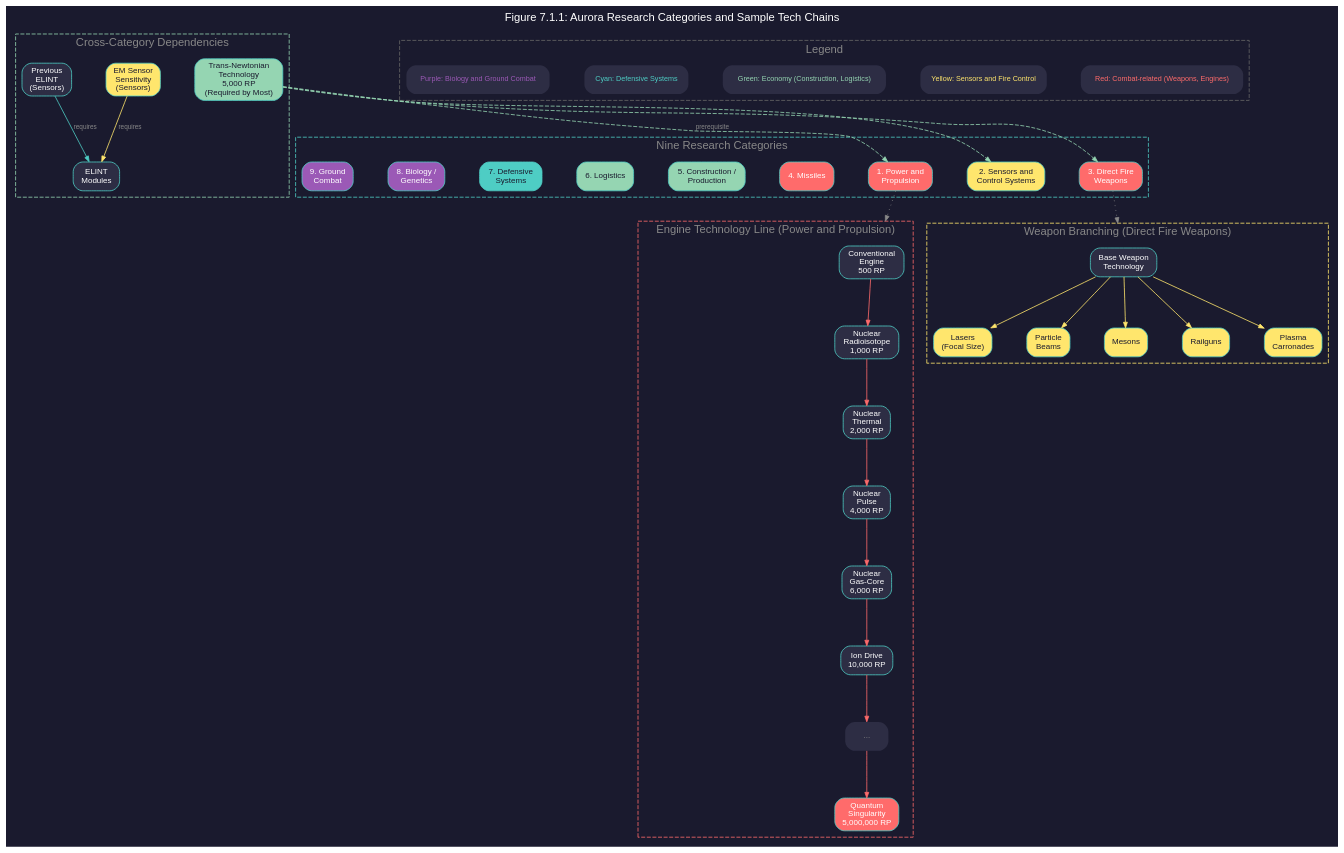
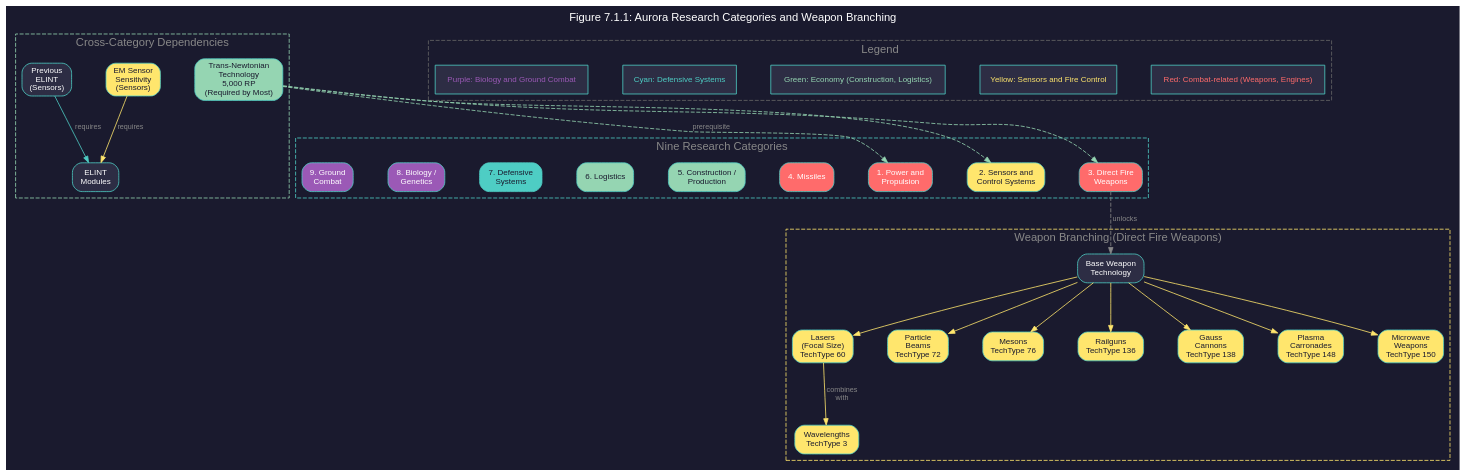
Before and after one commit to ErikEvenson/aurora-manual: the diagram in images/diagrams/7-research/aurora-4x-tech-tree-overview.dot, drawn with Graphviz. The commit also changed 5 other files, not shown here.

First line of the commit message:
Improve tech tree section visuals per critique

```diff
--- a/images/diagrams/7-research/aurora-4x-tech-tree-overview.dot
+++ b/images/diagrams/7-research/aurora-4x-tech-tree-overview.dot
@@ -1,126 +1,121 @@
+// Aurora 4X Tech Tree Overview - Categories and Weapon Branching
+// Removed redundant engine chain (shown in Figure 7.1.3)
+
 digraph TechTreeStructure {
     bgcolor="#1a1a2e"
     fontname="Helvetica"
     fontcolor="white"
+    label="Figure 7.1.1: Aurora Research Categories and Weapon Branching"
+    labelloc=t
+    fontsize=14
     rankdir=TB
-    compound=true
     nodesep=0.6
     ranksep=0.8
-    label="Figure 7.1.1: Aurora Research Categories and Sample Tech Chains"
-    labelloc=t
-    fontsize=14
 
     node [
         fontname="Helvetica"
         fontsize=10
         fontcolor="white"
         color="#4ecdc4"
         fillcolor="#2d2d44"
         style="filled,rounded"
         shape=box
     ]
 
     edge [
         fontname="Helvetica"
-        fontsize=8
+        fontsize=9
         fontcolor="#888888"
         color="#4ecdc4"
-        arrowsize=0.7
+        arrowsize=0.8
     ]
 
-    // Research Categories (as main nodes)
+    // Nine Research Categories cluster
     subgraph cluster_categories {
         label="Nine Research Categories"
         fontcolor="#888888"
         color="#4ecdc4"
-        style=dashed
+        style="dashed"
 
-        cat1 [label="1. Power and\nPropulsion" fillcolor="#ff6b6b" fontcolor="white"]
+        cat1 [label="1. Power and\nPropulsion" fillcolor="#ff6b6b"]
         cat2 [label="2. Sensors and\nControl Systems" fillcolor="#ffe66d" fontcolor="#1a1a2e"]
-        cat3 [label="3. Direct Fire\nWeapons" fillcolor="#ff6b6b" fontcolor="white"]
-        cat4 [label="4. Missiles" fillcolor="#ff6b6b" fontcolor="white"]
+        cat3 [label="3. Direct Fire\nWeapons" fillcolor="#ff6b6b"]
+        cat4 [label="4. Missiles" fillcolor="#ff6b6b"]
         cat5 [label="5. Construction /\nProduction" fillcolor="#95d5b2" fontcolor="#1a1a2e"]
         cat6 [label="6. Logistics" fillcolor="#95d5b2" fontcolor="#1a1a2e"]
         cat7 [label="7. Defensive\nSystems" fillcolor="#4ecdc4" fontcolor="#1a1a2e"]
-        cat8 [label="8. Biology /\nGenetics" fillcolor="#9b59b6" fontcolor="white"]
-        cat9 [label="9. Ground\nCombat" fillcolor="#9b59b6" fontcolor="white"]
+        cat8 [label="8. Biology /\nGenetics" fillcolor="#9b59b6"]
+        cat9 [label="9. Ground\nCombat" fillcolor="#9b59b6"]
+
+        // Arrange in a row
+        {rank=same; cat1; cat2; cat3; cat4; cat5; cat6; cat7; cat8; cat9}
     }
 
-    // Engine Tech Chain (Power and Propulsion example)
-    subgraph cluster_engines {
-        label="Engine Technology Line (Power and Propulsion)"
-        fontcolor="#888888"
-        color="#ff6b6b"
-        style=dashed
-
-        conv_eng [label="Conventional\nEngine\n500 RP" fillcolor="#2d2d44"]
-        nuc_radio [label="Nuclear\nRadioisotope\n1,000 RP" fillcolor="#2d2d44"]
-        nuc_therm [label="Nuclear\nThermal\n2,000 RP" fillcolor="#2d2d44"]
-        nuc_pulse [label="Nuclear\nPulse\n4,000 RP" fillcolor="#2d2d44"]
-        nuc_gas [label="Nuclear\nGas-Core\n6,000 RP" fillcolor="#2d2d44"]
-        ion [label="Ion Drive\n10,000 RP" fillcolor="#2d2d44"]
-        dots1 [label="..." shape=none fontcolor="#888888"]
-        quantum [label="Quantum\nSingularity\n5,000,000 RP" fillcolor="#ff6b6b" fontcolor="white"]
-    }
-
-    conv_eng -> nuc_radio -> nuc_therm -> nuc_pulse -> nuc_gas -> ion -> dots1 -> quantum [color="#ff6b6b"]
-
-    // Weapon Branching (Direct Fire Weapons example)
+    // Weapon Branching (Direct Fire Weapons)
     subgraph cluster_weapons {
         label="Weapon Branching (Direct Fire Weapons)"
         fontcolor="#888888"
         color="#ffe66d"
-        style=dashed
+        style="dashed"
 
-        base_weapon [label="Base Weapon\nTechnology" fillcolor="#2d2d44"]
-        laser_branch [label="Lasers\n(Focal Size)" fillcolor="#ffe66d" fontcolor="#1a1a2e"]
-        particle_branch [label="Particle\nBeams" fillcolor="#ffe66d" fontcolor="#1a1a2e"]
-        meson_branch [label="Mesons" fillcolor="#ffe66d" fontcolor="#1a1a2e"]
-        railgun_branch [label="Railguns" fillcolor="#ffe66d" fontcolor="#1a1a2e"]
-        plasma_branch [label="Plasma\nCarronades" fillcolor="#ffe66d" fontcolor="#1a1a2e"]
+        base_weapon [label="Base Weapon\nTechnology"]
+
+        // All weapon types with TechTypeIDs
+        laser_branch [label="Lasers\n(Focal Size)\nTechType 60" fillcolor="#ffe66d" fontcolor="#1a1a2e"]
+        wavelength [label="Wavelengths\nTechType 3" fillcolor="#ffe66d" fontcolor="#1a1a2e"]
+        particle_branch [label="Particle\nBeams\nTechType 72" fillcolor="#ffe66d" fontcolor="#1a1a2e"]
+        meson_branch [label="Mesons\nTechType 76" fillcolor="#ffe66d" fontcolor="#1a1a2e"]
+        railgun_branch [label="Railguns\nTechType 136" fillcolor="#ffe66d" fontcolor="#1a1a2e"]
+        gauss_branch [label="Gauss\nCannons\nTechType 138" fillcolor="#ffe66d" fontcolor="#1a1a2e"]
+        plasma_branch [label="Plasma\nCarronades\nTechType 148" fillcolor="#ffe66d" fontcolor="#1a1a2e"]
+        microwave_branch [label="Microwave\nWeapons\nTechType 150" fillcolor="#ffe66d" fontcolor="#1a1a2e"]
     }
-
-    base_weapon -> laser_branch [color="#ffe66d"]
-    base_weapon -> particle_branch [color="#ffe66d"]
-    base_weapon -> meson_branch [color="#ffe66d"]
-    base_weapon -> railgun_branch [color="#ffe66d"]
-    base_weapon -> plasma_branch [color="#ffe66d"]
 
     // Cross-Category Dependencies
     subgraph cluster_cross {
         label="Cross-Category Dependencies"
         fontcolor="#888888"
         color="#95d5b2"
-        style=dashed
+        style="dashed"
 
         tn_tech [label="Trans-Newtonian\nTechnology\n5,000 RP\n(Required by Most)" fillcolor="#95d5b2" fontcolor="#1a1a2e"]
-        elint [label="ELINT\nModules" fillcolor="#2d2d44"]
+
         em_sensor [label="EM Sensor\nSensitivity\n(Sensors)" fillcolor="#ffe66d" fontcolor="#1a1a2e"]
-        prev_elint [label="Previous\nELINT\n(Sensors)" fillcolor="#2d2d44"]
+        prev_elint [label="Previous\nELINT\n(Sensors)"]
+        elint [label="ELINT\nModules"]
     }
 
+    // Weapon branching edges
+    cat3 -> base_weapon [style=dashed color="#888888" label="unlocks"]
+    base_weapon -> laser_branch [color="#ffe66d"]
+    base_weapon -> particle_branch [color="#ffe66d"]
+    base_weapon -> meson_branch [color="#ffe66d"]
+    base_weapon -> railgun_branch [color="#ffe66d"]
+    base_weapon -> gauss_branch [color="#ffe66d"]
+    base_weapon -> plasma_branch [color="#ffe66d"]
+    base_weapon -> microwave_branch [color="#ffe66d"]
+
+    laser_branch -> wavelength [color="#ffe66d" label="combines\nwith"]
+
+    // Cross-category edges
     tn_tech -> cat1 [style=dashed color="#95d5b2" label="prerequisite"]
     tn_tech -> cat2 [style=dashed color="#95d5b2"]
     tn_tech -> cat3 [style=dashed color="#95d5b2"]
 
     em_sensor -> elint [color="#ffe66d" label="requires"]
     prev_elint -> elint [color="#4ecdc4" label="requires"]
 
-    // Connect categories to examples
-    cat1 -> conv_eng [style=dotted color="#888888" lhead=cluster_engines]
-    cat3 -> base_weapon [style=dotted color="#888888" lhead=cluster_weapons]
-
     // Legend
     subgraph cluster_legend {
         label="Legend"
         fontcolor="#888888"
         color="#666666"
-        style=dashed
+        style="dashed"
 
-        leg1 [label="Red: Combat-related (Weapons, Engines)" shape=none fontsize=9 fontcolor="#ff6b6b"]
-        leg2 [label="Yellow: Sensors and Fire Control" shape=none fontsize=9 fontcolor="#ffe66d"]
-        leg3 [label="Green: Economy (Construction, Logistics)" shape=none fontsize=9 fontcolor="#95d5b2"]
-        leg4 [label="Cyan: Defensive Systems" shape=none fontsize=9 fontcolor="#4ecdc4"]
-        leg5 [label="Purple: Biology and Ground Combat" shape=none fontsize=9 fontcolor="#9b59b6"]
+        leg1 [label="Red: Combat-related (Weapons, Engines)" shape=box fillcolor="#2d2d44" style=filled fontcolor="#ff6b6b"]
+        leg2 [label="Yellow: Sensors and Fire Control" shape=box fillcolor="#2d2d44" style=filled fontcolor="#ffe66d"]
+        leg3 [label="Green: Economy (Construction, Logistics)" shape=box fillcolor="#2d2d44" style=filled fontcolor="#95d5b2"]
+        leg4 [label="Cyan: Defensive Systems" shape=box fillcolor="#2d2d44" style=filled fontcolor="#4ecdc4"]
+        leg5 [label="Purple: Biology and Ground Combat" shape=box fillcolor="#2d2d44" style=filled fontcolor="#9b59b6"]
     }
 }
```
